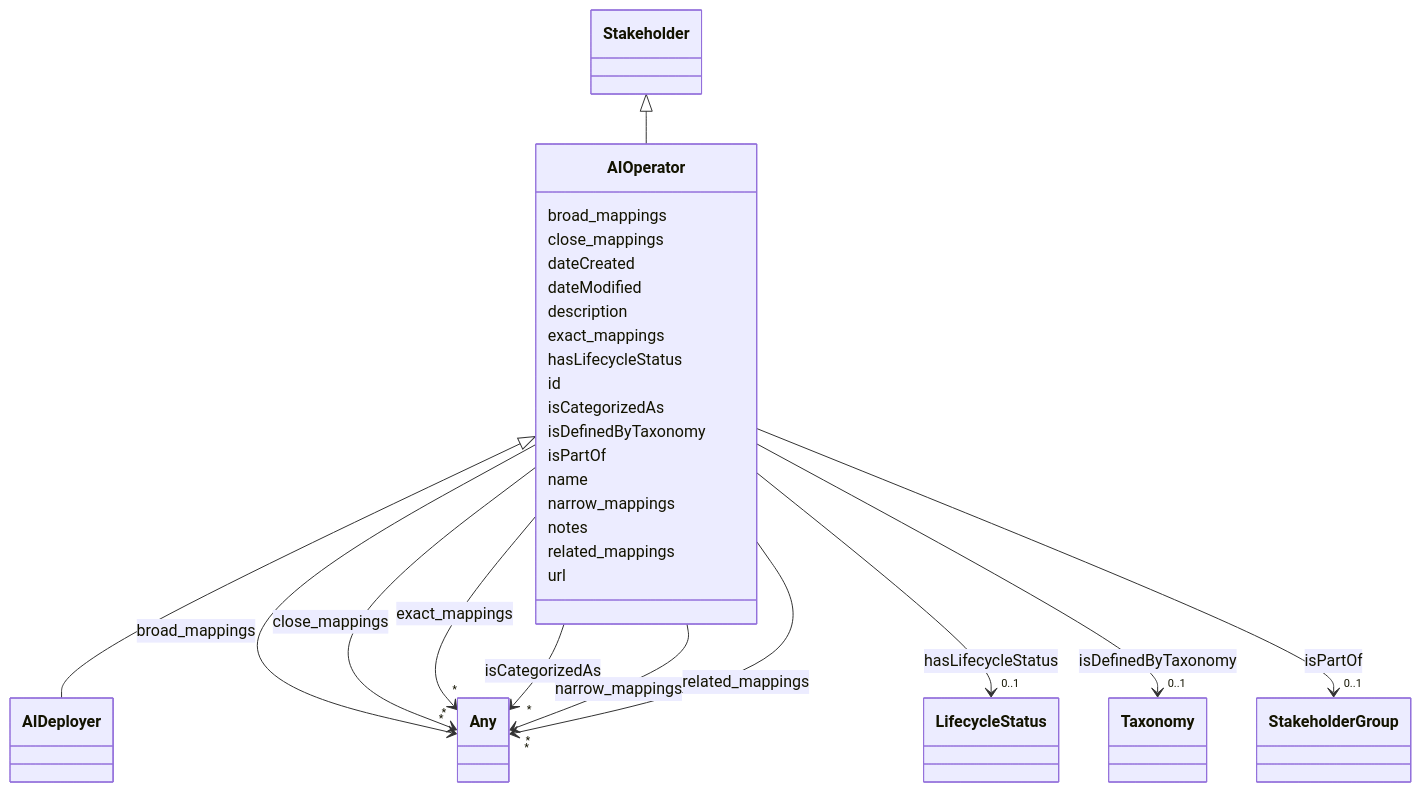
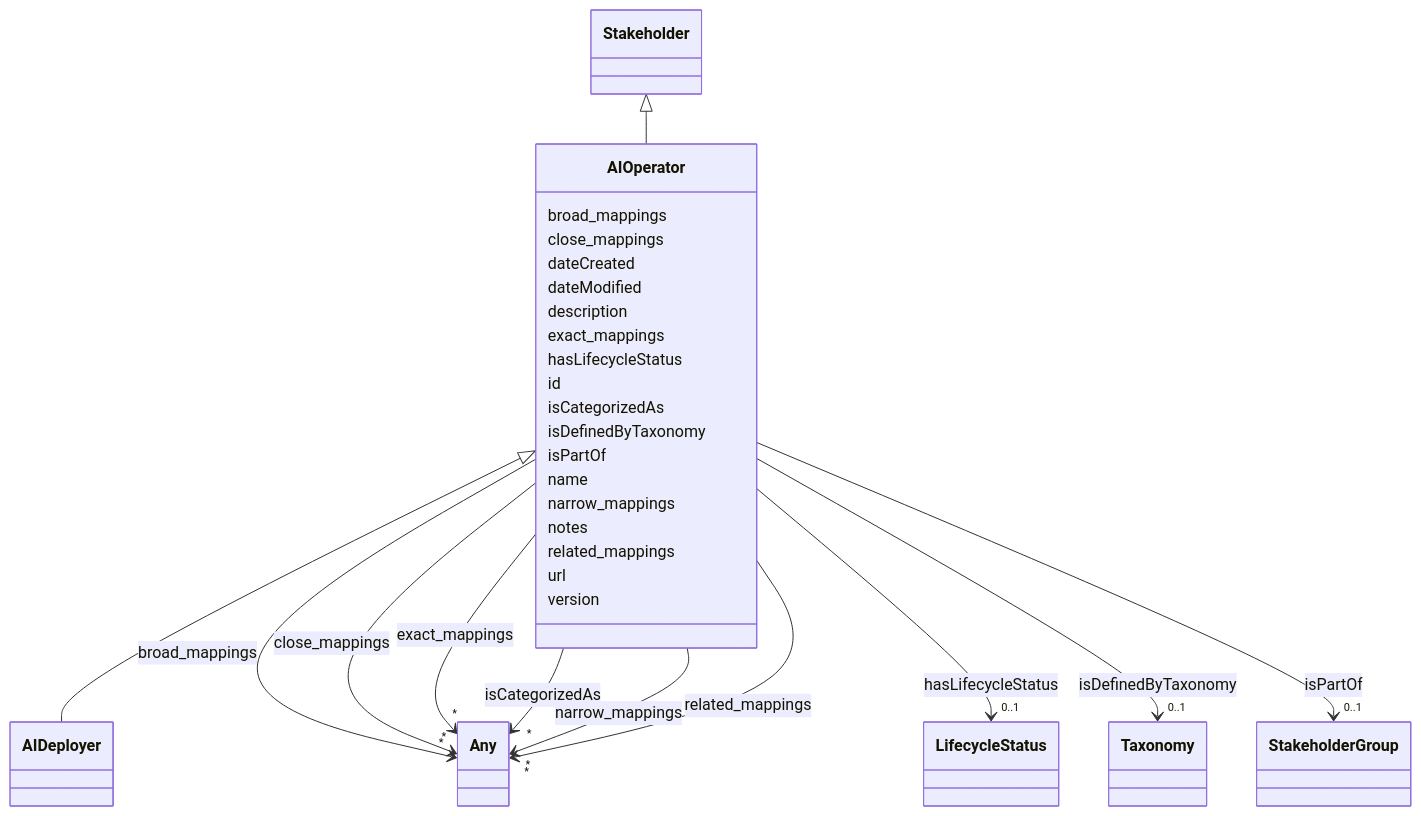
Before and after one commit to IBM/ai-atlas-nexus: the diagram in docs/ontology/AIOperator.md, drawn with Mermaid. The commit also changed other lines of this file and 101 other files, not shown here.

````diff
--- a/docs/ontology/AIOperator.md
+++ b/docs/ontology/AIOperator.md
@@ -136,5 +136,7 @@
 
       AIOperator : url
 
+      AIOperator : version
+
 
 ```
````
